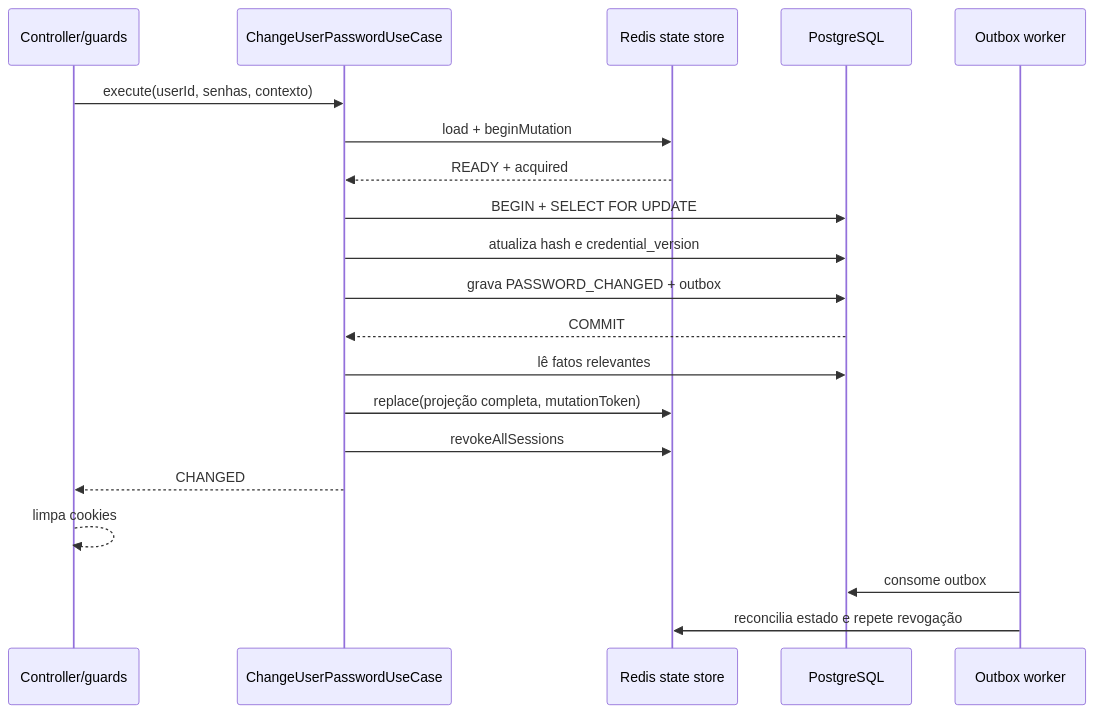
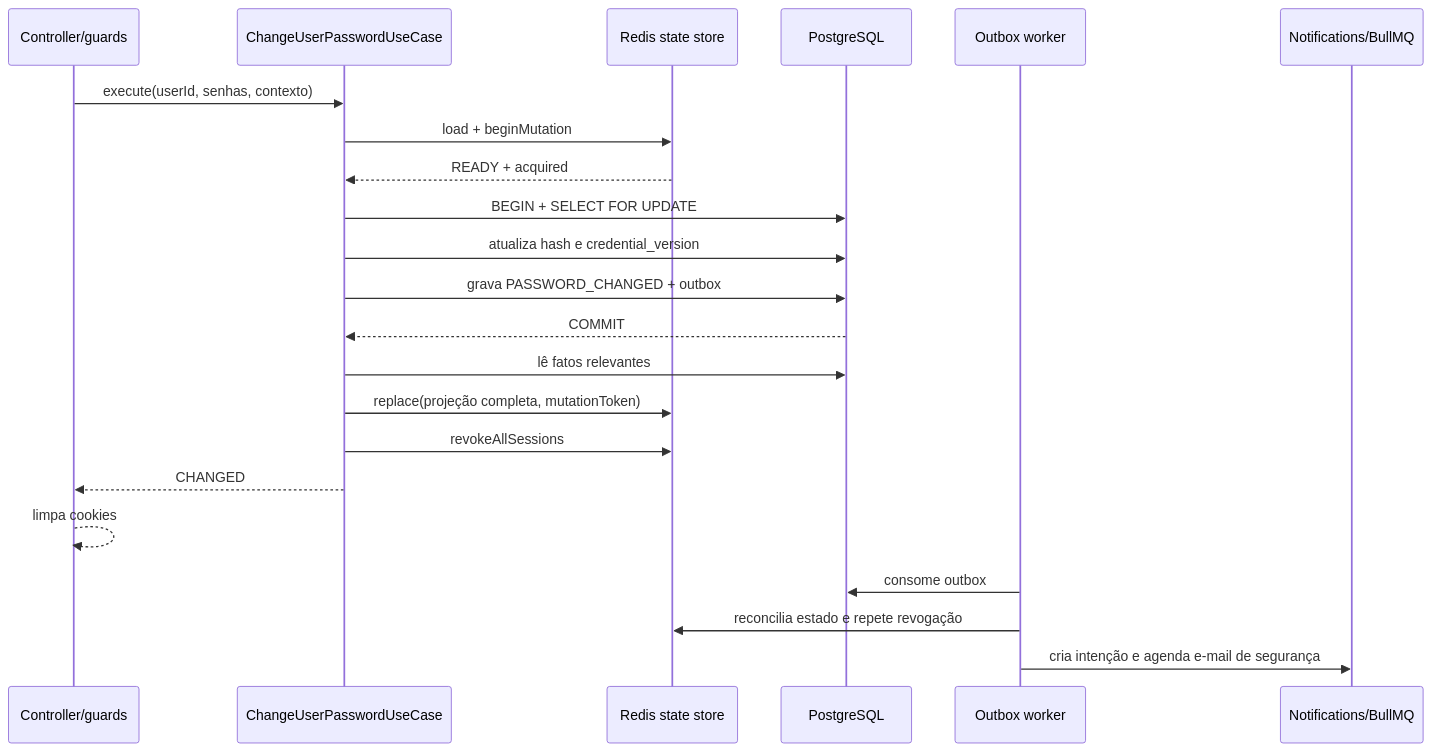
Before and after one commit to danzSTK/personal-finance-backend: the diagram in docs/auth/change-password/flow/success.md, drawn with Mermaid. The commit also changed other lines of this file and 19 other files, not shown here.

````diff
--- a/docs/auth/change-password/flow/success.md
+++ b/docs/auth/change-password/flow/success.md
@@ -14,23 +14,25 @@
 ```mermaid
 sequenceDiagram
   participant HTTP as Controller/guards
   participant UC as ChangeUserPasswordUseCase
   participant Redis as Redis state store
   participant PG as PostgreSQL
   participant Worker as Outbox worker
+  participant Email as Notifications/BullMQ
 
   HTTP->>UC: execute(userId, senhas, contexto)
   UC->>Redis: load + beginMutation
   Redis-->>UC: READY + acquired
   UC->>PG: BEGIN + SELECT FOR UPDATE
   UC->>PG: atualiza hash e credential_version
   UC->>PG: grava PASSWORD_CHANGED + outbox
   PG-->>UC: COMMIT
   UC->>PG: lê fatos relevantes
   UC->>Redis: replace(projeção completa, mutationToken)
   UC->>Redis: revokeAllSessions
   UC-->>HTTP: CHANGED
   HTTP-->>HTTP: limpa cookies
   Worker->>PG: consome outbox
   Worker->>Redis: reconcilia estado e repete revogação
+  Worker->>Email: cria intenção e agenda e-mail de segurança
 ```
````
